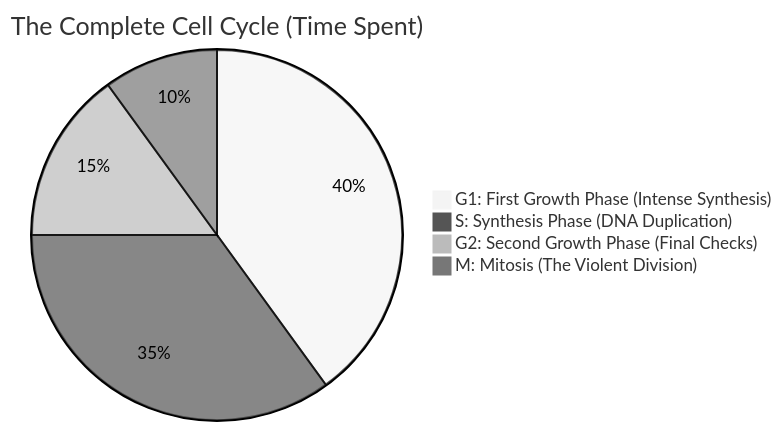
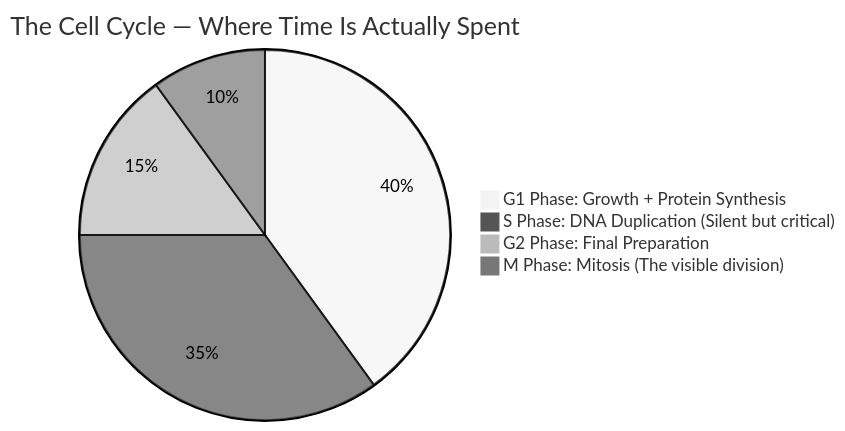
Before and after one commit to naveengarla/icse-10th-biology: the diagram in Chapter_02_Tutorial/2.7_Cell_Cycle.md, drawn with Mermaid (neutral theme). The commit also changed other lines of this file and 8 other files, not shown here.

````diff
--- a/Chapter_02_Tutorial/2.7_Cell_Cycle.md
+++ b/Chapter_02_Tutorial/2.7_Cell_Cycle.md
@@ -11,7 +15,7 @@
 ```mermaid
-pie title The Complete Cell Cycle (Time Spent)
-    "G1: First Growth Phase (Intense Synthesis)" : 40
-    "S: Synthesis Phase (DNA Duplication)" : 35
-    "G2: Second Growth Phase (Final Checks)" : 15
-    "M: Mitosis (The Violent Division)" : 10
+pie title The Cell Cycle — Where Time Is Actually Spent
+    "G1 Phase: Growth + Protein Synthesis" : 40
+    "S Phase: DNA Duplication (Silent but critical)" : 35
+    "G2 Phase: Final Preparation" : 15
+    "M Phase: Mitosis (The visible division)" : 10
 ```
````
